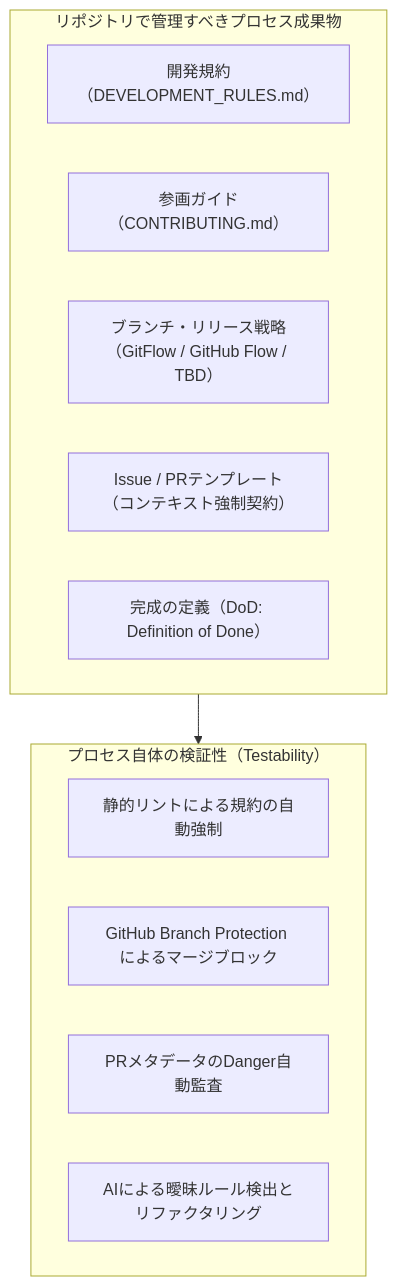
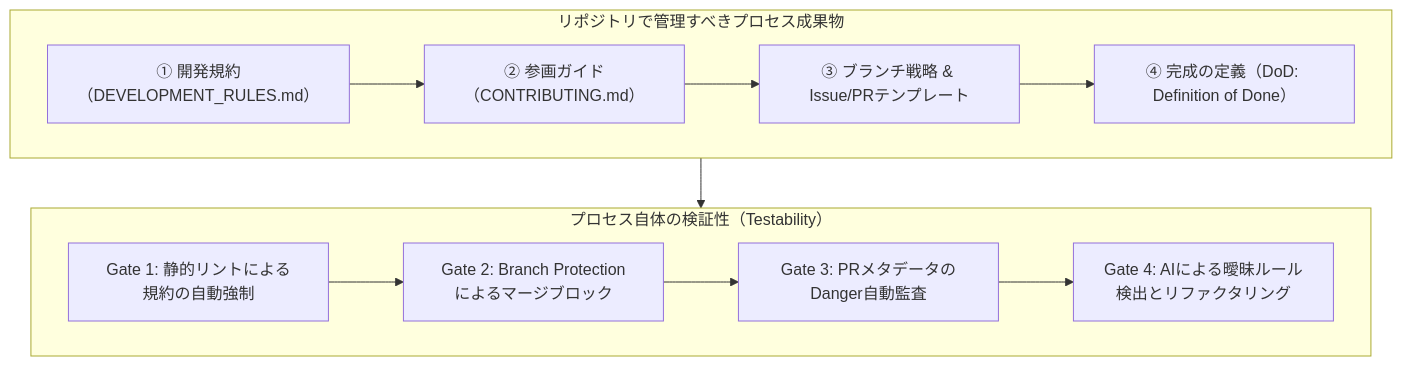
One commit to AnaharaYasuo/product-quality-management-book changed the first of 3 diagrams in manuscript/11_chapter11.md. Above: the diagram before and after it, drawn with Mermaid. The commit also changed other lines of this file and 32 other files, not shown here.

````diff
--- a/manuscript/11_chapter11.md
+++ b/manuscript/11_chapter11.md
@@ -14,19 +14,12 @@
 ```mermaid
 flowchart TD
     subgraph ProcessArtifacts["リポジトリで管理すべきプロセス成果物"]
-        P1["開発規約（DEVELOPMENT_RULES.md）"]
-        P2["参画ガイド（CONTRIBUTING.md）"]
-        P3["ブランチ・リリース戦略（GitFlow / GitHub Flow / TBD）"]
-        P4["Issue / PRテンプレート（コンテキスト強制契約）"]
-        P5["完成の定義（DoD: Definition of Done）"]
+        P1["① 開発規約（DEVELOPMENT_RULES.md）"] --> P2["② 参画ガイド（CONTRIBUTING.md）"]
+        P2 --> P3["③ ブランチ戦略 & Issue/PRテンプレート"] --> P5["④ 完成の定義（DoD: Definition of Done）"]
     end
-
     subgraph QualityAssurance["プロセス自体の検証性（Testability）"]
-        Q1["静的リントによる規約の自動強制"]
-        Q2["GitHub Branch Protection によるマージブロック"]
-        Q3["PRメタデータのDanger自動監査"]
-        Q4["AIによる曖昧ルール検出とリファクタリング"]
+        Q1["Gate 1: 静的リントによる規約の自動強制"] --> Q2["Gate 2: Branch Protectionによるマージブロック"]
+        Q2 --> Q3["Gate 3: PRメタデータのDanger自動監査"] --> Q4["Gate 4: AIによる曖昧ルール検出とリファクタリング"]
     end
-
     ProcessArtifacts --> QualityAssurance
 ```
````
